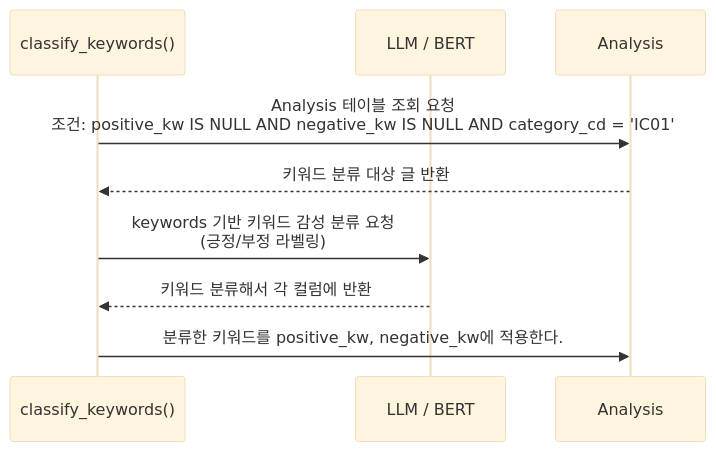
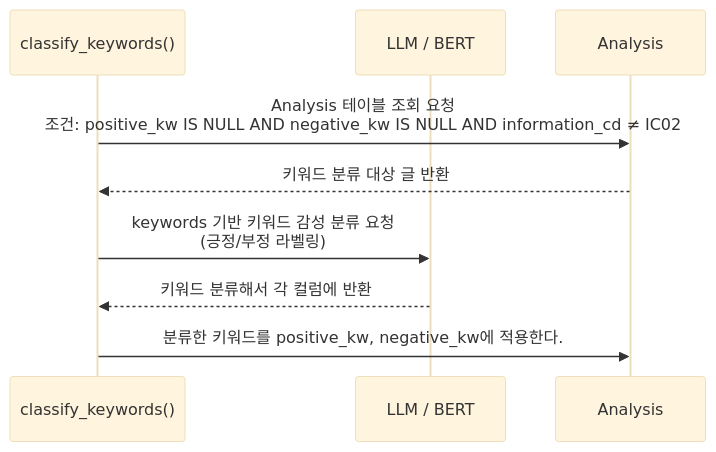
The fourth of 4 diagrams in ai/post_analysis/docs/design.md (SKN-27th-FitLog/SK-Connect), drawn with Mermaid (base theme) before and after one commit. The commit also changed other lines of this file and 6 other files, not shown here.

Commit message:
[feature-post-analysis][김경수] 코드테이블 변경사항에 맞춰서 분석 테이블 처리도 같이 수정

````diff
--- a/ai/post_analysis/docs/design.md
+++ b/ai/post_analysis/docs/design.md
@@ -92,16 +94,16 @@
 ```mermaid
  sequenceDiagram
     participant Func as classify_keywords()
     participant Model as LLM / BERT
     participant DB as Analysis 
 
 
-    Func->>DB: Analysis 테이블 조회 요청<br/>조건: positive_kw IS NULL AND negative_kw IS NULL AND category_cd = 'IC01'
+    Func->>DB: Analysis 테이블 조회 요청<br/>조건: positive_kw IS NULL AND negative_kw IS NULL AND information_cd ≠ IC02
     DB-->>Func: 키워드 분류 대상 글 반환
 
     Func->>Model: keywords 기반 키워드 감성 분류 요청<br/>(긍정/부정 라벨링)
     Model-->>Func: 키워드 분류해서 각 컬럼에 반환 
 
 
     Func->>DB : 분류한 키워드를 positive_kw, negative_kw에 적용한다. 
 ```
````
